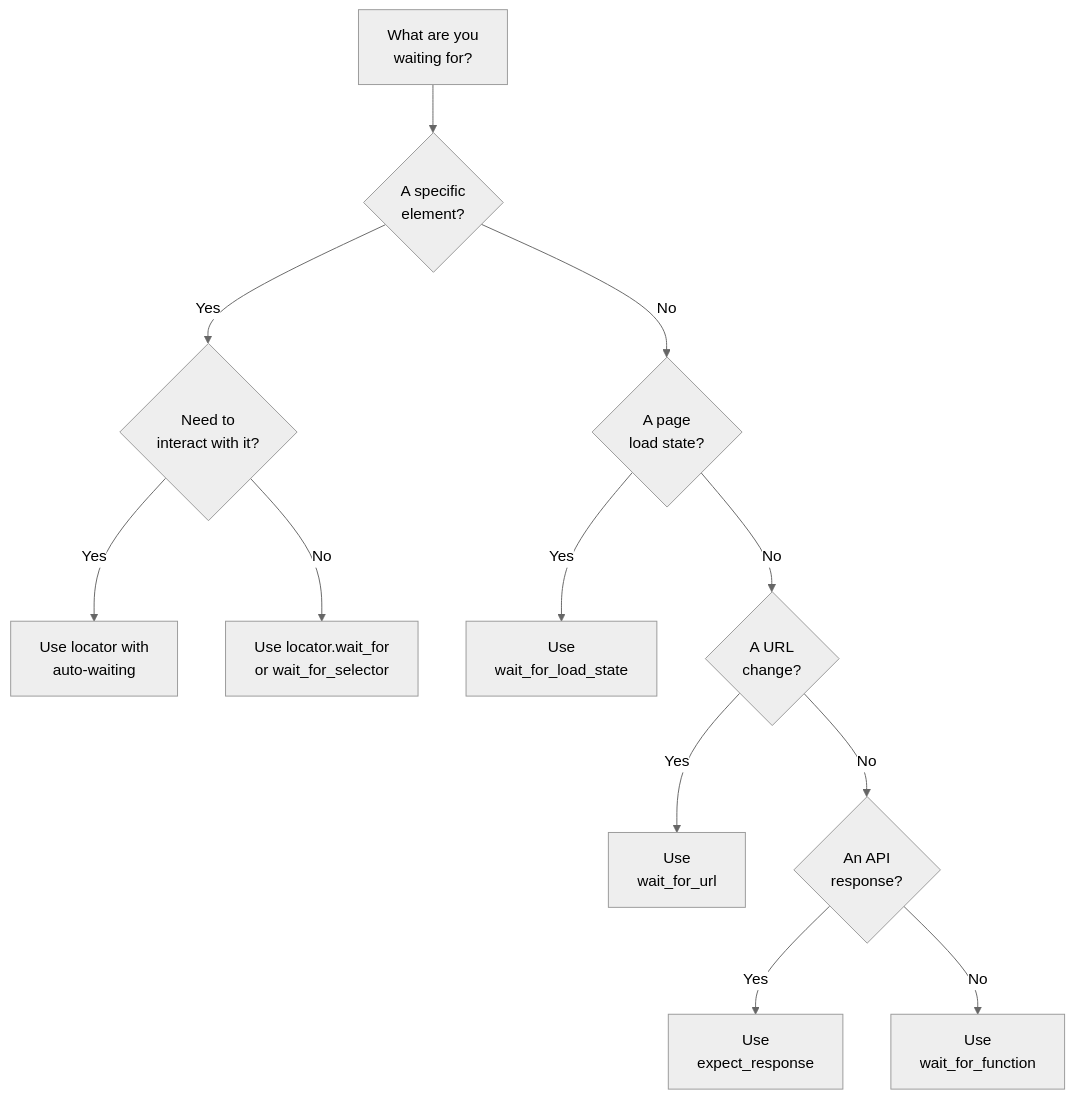
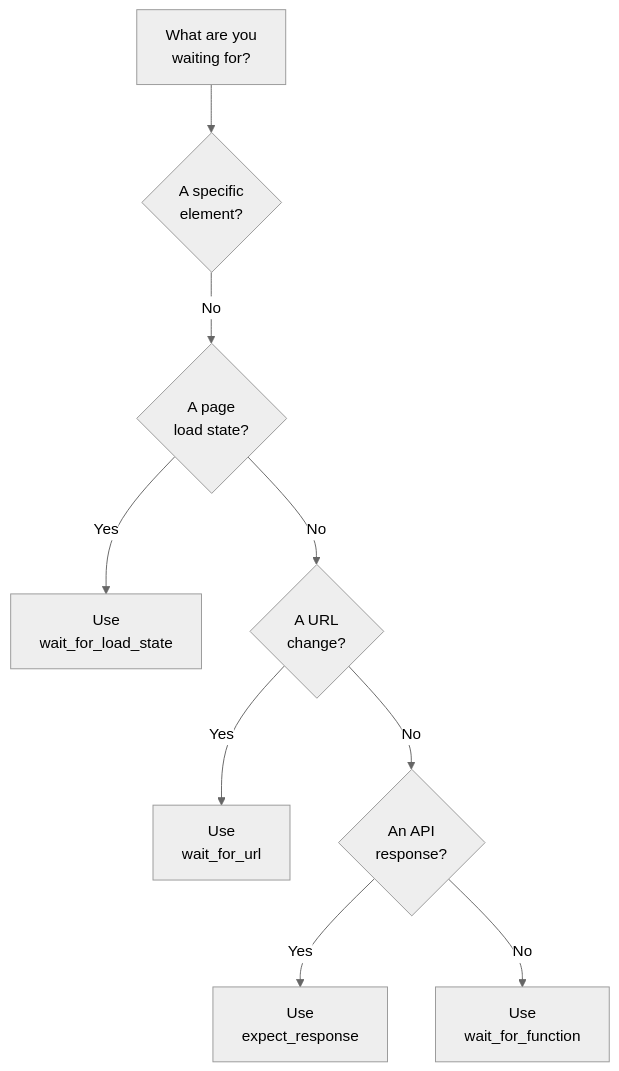
The fourth of 4 diagrams in _posts/2026-02-16-playwright-wait-for-selector-python-waiting-elements-reliably.md (bytetunnels/bytetunnels.github.com), drawn with Mermaid (neutral theme) before and after one commit. The commit also changed other lines of this file and 118 other files, not shown here.

Commit message:
feat: improve diagram styling and compact wide flowcharts

````diff
--- a/_posts/2026-02-16-playwright-wait-for-selector-python-waiting-elements-reliably.md
+++ b/_posts/2026-02-16-playwright-wait-for-selector-python-waiting-elements-reliably.md
@@ -345,14 +355,11 @@
 ```mermaid
 graph TD
     A[What are you<br>waiting for?] --> B{A specific<br>element?}
-    B -- Yes --> C{Need to<br>interact with it?}
-    C -- Yes --> D[Use locator with<br>auto-waiting]
-    C -- No --> E[Use locator.wait_for<br>or wait_for_selector]
     B -- No --> F{A page<br>load state?}
     F -- Yes --> G[Use<br>wait_for_load_state]
     F -- No --> H{A URL<br>change?}
     H -- Yes --> I[Use<br>wait_for_url]
     H -- No --> J{An API<br>response?}
     J -- Yes --> K[Use<br>expect_response]
     J -- No --> L[Use<br>wait_for_function]
 ```
````
